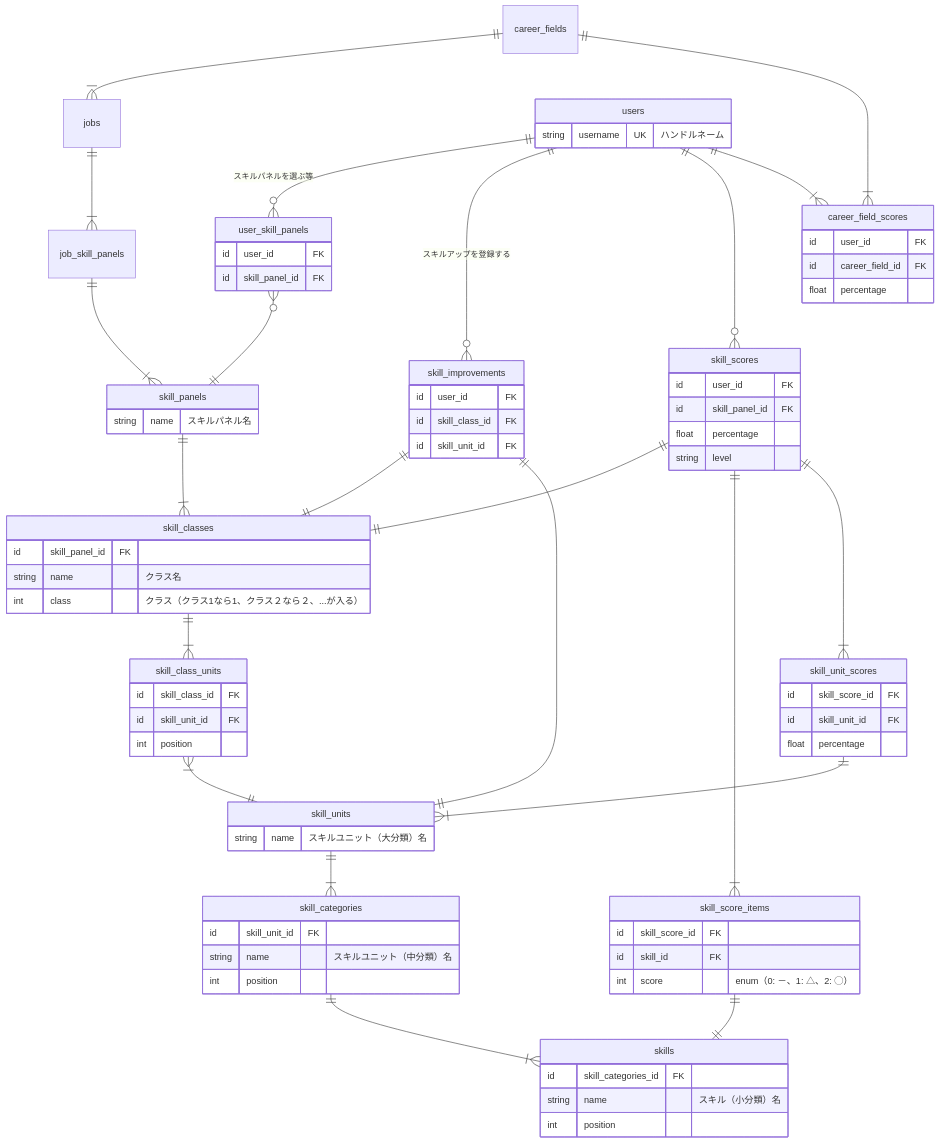
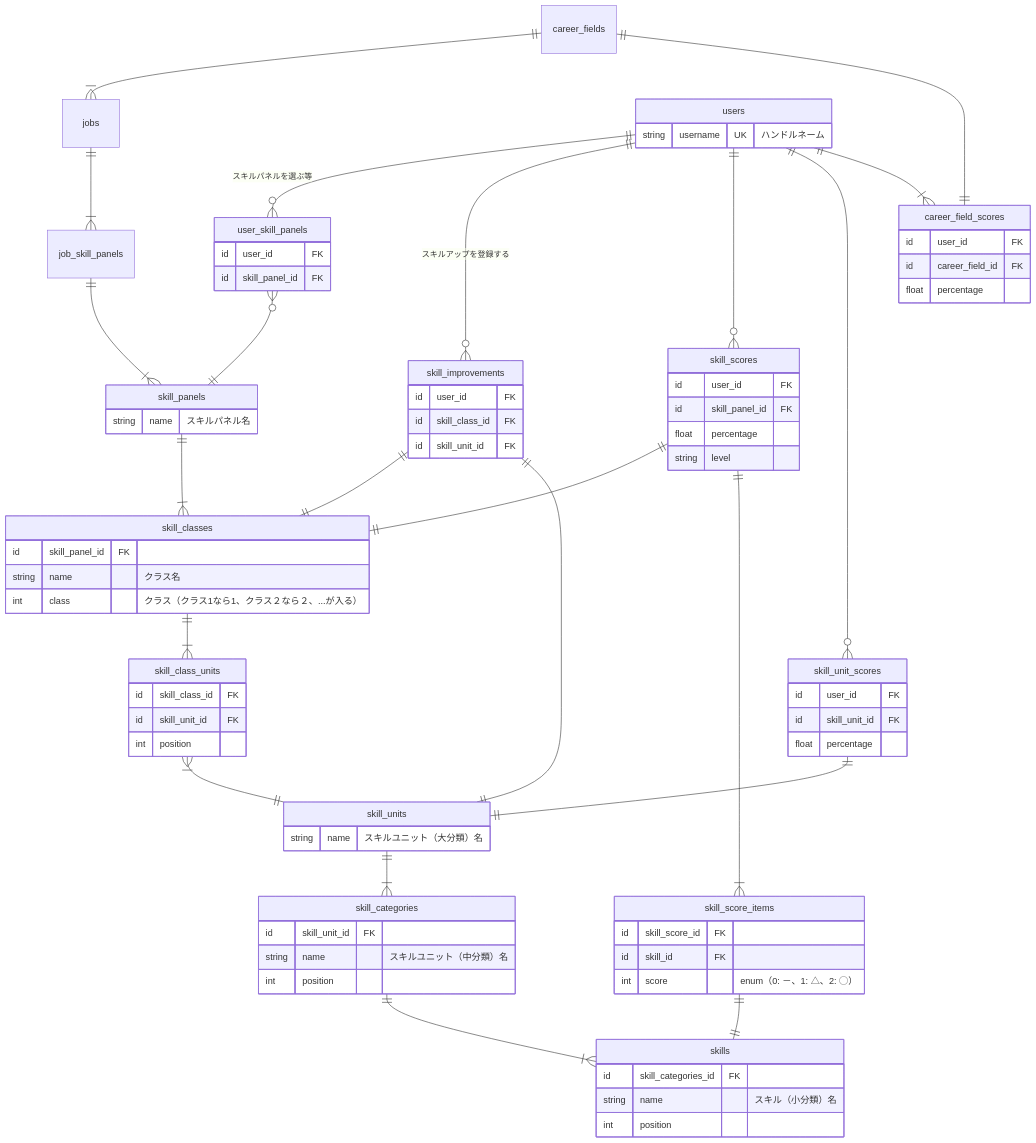
One commit to bright-org/bright changed the second of 2 diagrams in docs/conceptual_schemas/skills.md. Above: the diagram before and after it, drawn with Mermaid. The commit also changed 4 other files, not shown here.

Commit message:
fix: skill_unit_score(skill_unit)はskill_score(skill_class)と1:1ではないため修正

```diff
--- a/docs/conceptual_schemas/skills.md
+++ b/docs/conceptual_schemas/skills.md
@@ -64,13 +64,13 @@
   skill_improvements ||--|| skill_classes : ""
   skill_improvements ||--|| skill_units : ""
   users ||--o{ skill_scores : ""
+  users ||--o{ skill_unit_scores : ""
+  users ||--|{ career_field_scores : ""
   skill_scores ||--|| skill_classes : ""
   skill_scores ||--|{ skill_score_items : ""
-  skill_scores ||--|{ skill_unit_scores : ""
-  skill_unit_scores ||--|{ skill_units : ""
   skill_score_items ||--|| skills : ""
-  users ||--|{ career_field_scores : ""
-  career_fields ||--|{ career_field_scores : ""
+  skill_unit_scores ||--|| skill_units : ""
+  career_fields ||--|| career_field_scores : ""
 
   career_fields {
   }
@@ -136,7 +136,7 @@
   }
 
   skill_unit_scores {
-    id skill_score_id FK
+    id user_id FK
     id skill_unit_id FK
     float percentage
   }
```
